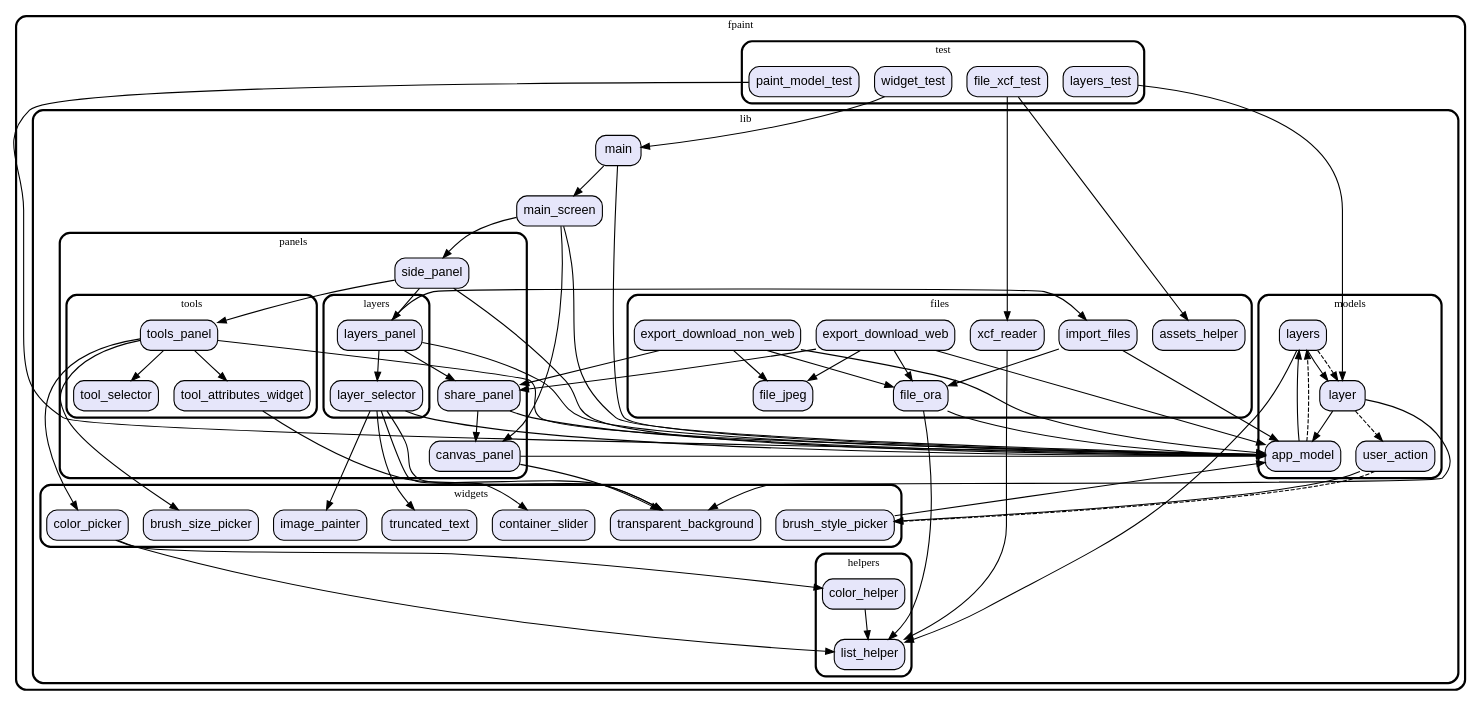
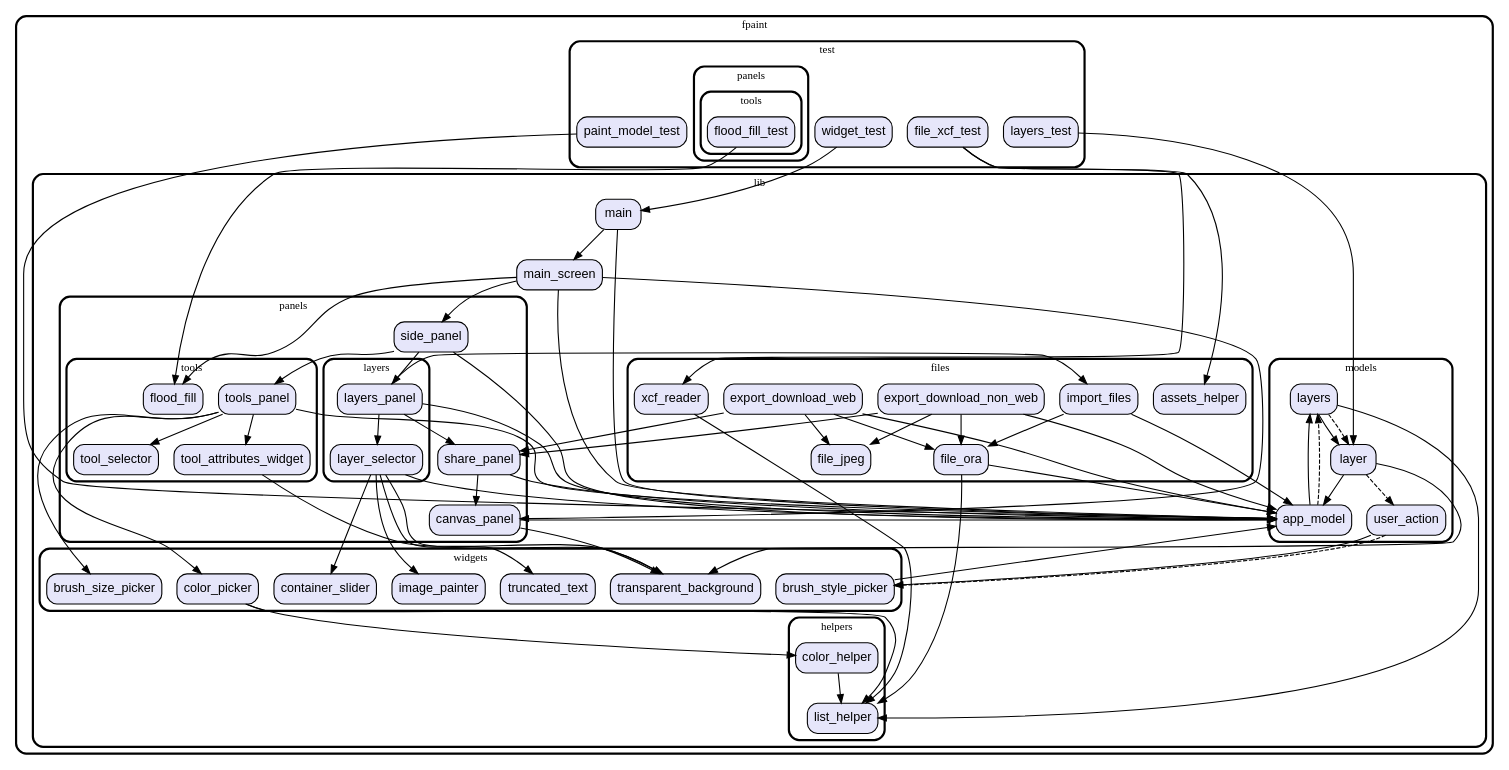
Before and after one commit to vteam-com/fPaint: the diagram in graph.dot, drawn with Graphviz. The commit also changed 8 other files, not shown here.

```diff
--- a/graph.dot
+++ b/graph.dot
@@ -1,162 +1,174 @@
 digraph "" {
   graph [style=rounded fontname="Arial Black" fontsize=13 penwidth=2.6];
   node [shape=rect style="filled,rounded" fontname=Arial fontsize=15 fillcolor=Lavender penwidth=1.3];
   edge [penwidth=1.3];
   "/test/paint_model_test.dart" [label="paint_model_test"];
+  "/test/panels/tools/flood_fill_test.dart" [label="flood_fill_test"];
   "/test/widget_test.dart" [label="widget_test"];
   "/test/file_xcf_test.dart" [label="file_xcf_test"];
   "/test/layers_test.dart" [label="layers_test"];
   "/lib/panels/tools/tool_selector.dart" [label="tool_selector"];
+  "/lib/panels/tools/flood_fill.dart" [label="flood_fill"];
   "/lib/panels/tools/tools_panel.dart" [label="tools_panel"];
   "/lib/panels/tools/tool_attributes_widget.dart" [label="tool_attributes_widget"];
   "/lib/panels/canvas_panel.dart" [label="canvas_panel"];
   "/lib/panels/layers/layer_selector.dart" [label="layer_selector"];
   "/lib/panels/layers/layers_panel.dart" [label="layers_panel"];
   "/lib/panels/side_panel.dart" [label="side_panel"];
   "/lib/panels/share_panel.dart" [label="share_panel"];
   "/lib/models/layers.dart" [label="layers"];
   "/lib/models/user_action.dart" [label="user_action"];
   "/lib/models/app_model.dart" [label="app_model"];
   "/lib/models/layer.dart" [label="layer"];
   "/lib/main.dart" [label="main"];
   "/lib/files/xcf_reader.dart" [label="xcf_reader"];
   "/lib/files/assets_helper.dart" [label="assets_helper"];
   "/lib/files/file_jpeg.dart" [label="file_jpeg"];
   "/lib/files/export_download_web.dart" [label="export_download_web"];
   "/lib/files/file_ora.dart" [label="file_ora"];
   "/lib/files/export_download_non_web.dart" [label="export_download_non_web"];
   "/lib/files/import_files.dart" [label="import_files"];
   "/lib/main_screen.dart" [label="main_screen"];
   "/lib/helpers/list_helper.dart" [label="list_helper"];
   "/lib/helpers/color_helper.dart" [label="color_helper"];
   "/lib/widgets/truncated_text.dart" [label="truncated_text"];
   "/lib/widgets/container_slider.dart" [label="container_slider"];
   "/lib/widgets/brush_size_picker.dart" [label="brush_size_picker"];
   "/lib/widgets/transparent_background.dart" [label="transparent_background"];
   "/lib/widgets/image_painter.dart" [label="image_painter"];
   "/lib/widgets/brush_style_picker.dart" [label="brush_style_picker"];
   "/lib/widgets/color_picker.dart" [label="color_picker"];
   subgraph "cluster~" {
     label="fpaint";
     subgraph "cluster~/test" {
       label="test";
       "/test/paint_model_test.dart";
       "/test/widget_test.dart";
       "/test/file_xcf_test.dart";
       "/test/layers_test.dart";
+      subgraph "cluster~/test/panels" {
+        label="panels";
+        subgraph "cluster~/test/panels/tools" {
+          label="tools";
+          "/test/panels/tools/flood_fill_test.dart";
+        }
+      }
     }
     subgraph "cluster~/lib" {
       label="lib";
       "/lib/main.dart";
       "/lib/main_screen.dart";
       subgraph "cluster~/lib/panels" {
         label="panels";
         "/lib/panels/canvas_panel.dart";
         "/lib/panels/side_panel.dart";
         "/lib/panels/share_panel.dart";
         subgraph "cluster~/lib/panels/tools" {
           label="tools";
           "/lib/panels/tools/tool_selector.dart";
+          "/lib/panels/tools/flood_fill.dart";
           "/lib/panels/tools/tools_panel.dart";
           "/lib/panels/tools/tool_attributes_widget.dart";
         }
         subgraph "cluster~/lib/panels/layers" {
           label="layers";
           "/lib/panels/layers/layer_selector.dart";
           "/lib/panels/layers/layers_panel.dart";
         }
       }
       subgraph "cluster~/lib/models" {
         label="models";
         "/lib/models/layers.dart";
         "/lib/models/user_action.dart";
         "/lib/models/app_model.dart";
         "/lib/models/layer.dart";
       }
       subgraph "cluster~/lib/files" {
         label="files";
         "/lib/files/xcf_reader.dart";
         "/lib/files/assets_helper.dart";
         "/lib/files/file_jpeg.dart";
         "/lib/files/export_download_web.dart";
         "/lib/files/file_ora.dart";
         "/lib/files/export_download_non_web.dart";
         "/lib/files/import_files.dart";
       }
       subgraph "cluster~/lib/helpers" {
         label="helpers";
         "/lib/helpers/list_helper.dart";
         "/lib/helpers/color_helper.dart";
       }
       subgraph "cluster~/lib/widgets" {
         label="widgets";
         "/lib/widgets/truncated_text.dart";
         "/lib/widgets/container_slider.dart";
         "/lib/widgets/brush_size_picker.dart";
         "/lib/widgets/transparent_background.dart";
         "/lib/widgets/image_painter.dart";
         "/lib/widgets/brush_style_picker.dart";
         "/lib/widgets/color_picker.dart";
       }
     }
   }
   "/test/paint_model_test.dart" -> "/lib/models/app_model.dart";
+  "/test/panels/tools/flood_fill_test.dart" -> "/lib/panels/tools/flood_fill.dart";
   "/test/widget_test.dart" -> "/lib/main.dart";
   "/test/file_xcf_test.dart" -> "/lib/files/assets_helper.dart";
   "/test/file_xcf_test.dart" -> "/lib/files/xcf_reader.dart";
   "/test/layers_test.dart" -> "/lib/models/layer.dart";
   "/lib/panels/tools/tools_panel.dart" -> "/lib/models/app_model.dart";
   "/lib/panels/tools/tools_panel.dart" -> "/lib/panels/tools/tool_attributes_widget.dart";
   "/lib/panels/tools/tools_panel.dart" -> "/lib/panels/tools/tool_selector.dart";
   "/lib/panels/tools/tools_panel.dart" -> "/lib/widgets/brush_size_picker.dart";
   "/lib/panels/tools/tools_panel.dart" -> "/lib/widgets/color_picker.dart";
   "/lib/panels/tools/tool_attributes_widget.dart" -> "/lib/widgets/transparent_background.dart";
   "/lib/panels/canvas_panel.dart" -> "/lib/models/app_model.dart";
   "/lib/panels/canvas_panel.dart" -> "/lib/widgets/transparent_background.dart";
   "/lib/panels/layers/layer_selector.dart" -> "/lib/models/app_model.dart";
   "/lib/panels/layers/layer_selector.dart" -> "/lib/widgets/container_slider.dart";
   "/lib/panels/layers/layer_selector.dart" -> "/lib/widgets/image_painter.dart";
   "/lib/panels/layers/layer_selector.dart" -> "/lib/widgets/transparent_background.dart";
   "/lib/panels/layers/layer_selector.dart" -> "/lib/widgets/truncated_text.dart";
   "/lib/panels/layers/layers_panel.dart" -> "/lib/files/import_files.dart";
   "/lib/panels/layers/layers_panel.dart" -> "/lib/models/app_model.dart";
   "/lib/panels/layers/layers_panel.dart" -> "/lib/panels/layers/layer_selector.dart";
   "/lib/panels/layers/layers_panel.dart" -> "/lib/panels/share_panel.dart";
   "/lib/panels/side_panel.dart" -> "/lib/models/app_model.dart";
   "/lib/panels/side_panel.dart" -> "/lib/panels/layers/layers_panel.dart";
   "/lib/panels/side_panel.dart" -> "/lib/panels/tools/tools_panel.dart";
   "/lib/panels/share_panel.dart" -> "/lib/models/app_model.dart";
   "/lib/panels/share_panel.dart" -> "/lib/panels/canvas_panel.dart";
   "/lib/models/layers.dart" -> "/lib/helpers/list_helper.dart";
   "/lib/models/layers.dart" -> "/lib/models/layer.dart";
   "/lib/models/layers.dart" -> "/lib/models/layer.dart" [style=dashed];
   "/lib/models/user_action.dart" -> "/lib/widgets/brush_style_picker.dart";
   "/lib/models/user_action.dart" -> "/lib/widgets/brush_style_picker.dart" [style=dashed];
   "/lib/models/app_model.dart" -> "/lib/models/layers.dart";
   "/lib/models/app_model.dart" -> "/lib/models/layers.dart" [style=dashed];
   "/lib/models/layer.dart" -> "/lib/models/app_model.dart";
   "/lib/models/layer.dart" -> "/lib/widgets/transparent_background.dart";
   "/lib/models/layer.dart" -> "/lib/models/user_action.dart" [style=dashed];
   "/lib/main.dart" -> "/lib/main_screen.dart";
   "/lib/main.dart" -> "/lib/models/app_model.dart";
   "/lib/files/xcf_reader.dart" -> "/lib/helpers/list_helper.dart";
   "/lib/files/export_download_web.dart" -> "/lib/files/file_jpeg.dart";
   "/lib/files/export_download_web.dart" -> "/lib/files/file_ora.dart";
   "/lib/files/export_download_web.dart" -> "/lib/models/app_model.dart";
   "/lib/files/export_download_web.dart" -> "/lib/panels/share_panel.dart";
   "/lib/files/file_ora.dart" -> "/lib/helpers/list_helper.dart";
   "/lib/files/file_ora.dart" -> "/lib/models/app_model.dart";
   "/lib/files/export_download_non_web.dart" -> "/lib/files/file_jpeg.dart";
   "/lib/files/export_download_non_web.dart" -> "/lib/files/file_ora.dart";
   "/lib/files/export_download_non_web.dart" -> "/lib/models/app_model.dart";
   "/lib/files/export_download_non_web.dart" -> "/lib/panels/share_panel.dart";
   "/lib/files/import_files.dart" -> "/lib/files/file_ora.dart";
   "/lib/files/import_files.dart" -> "/lib/models/app_model.dart";
   "/lib/main_screen.dart" -> "/lib/panels/canvas_panel.dart";
   "/lib/main_screen.dart" -> "/lib/panels/side_panel.dart";
+  "/lib/main_screen.dart" -> "/lib/panels/tools/flood_fill.dart";
   "/lib/main_screen.dart" -> "/lib/models/app_model.dart";
   "/lib/helpers/color_helper.dart" -> "/lib/helpers/list_helper.dart";
   "/lib/widgets/brush_style_picker.dart" -> "/lib/models/app_model.dart";
   "/lib/widgets/color_picker.dart" -> "/lib/helpers/color_helper.dart";
   "/lib/widgets/color_picker.dart" -> "/lib/helpers/list_helper.dart";
 }
```
